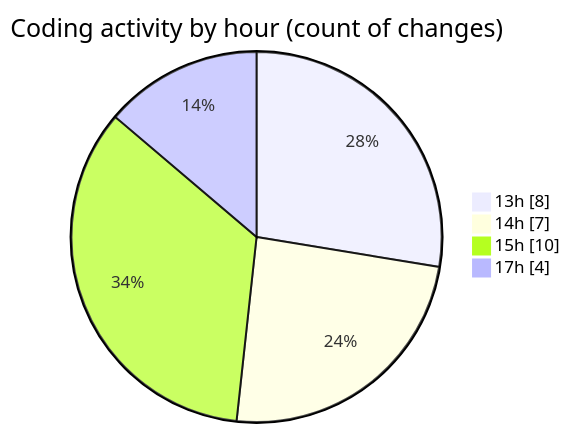
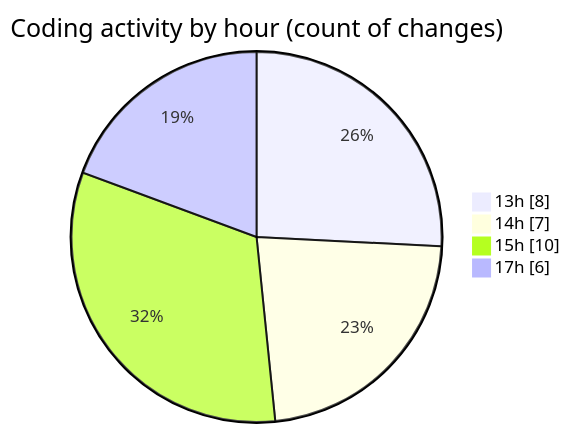
Before and after one commit to BS-eng2023/code-tracking: the second of 2 diagrams in 2025-04-03/jsvms/README.md, drawn with Mermaid. The commit also changed other lines of this file and 1 other file, not shown here.

````diff
--- a/2025-04-03/jsvms/README.md
+++ b/2025-04-03/jsvms/README.md
@@ -39,8 +39,8 @@
 ```mermaid
 pie showData
 title Coding activity by hour (count of changes)
 "13h" : 8
 "14h" : 7
 "15h" : 10
-"17h" : 4
+"17h" : 6
 ```
````
